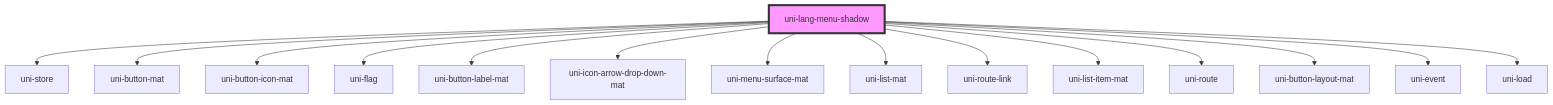
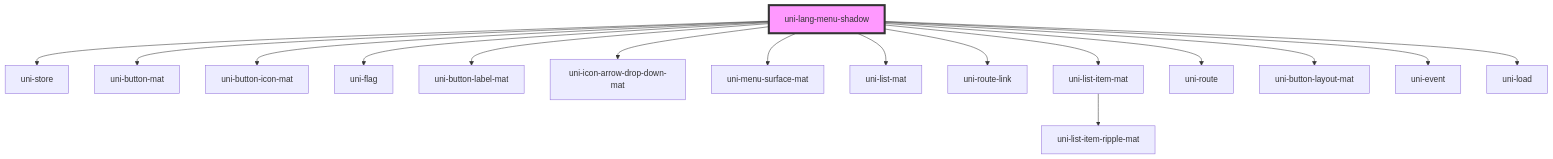
The diagram in src/lang-menu/components/shadow/readme.md (uiregex/uni-localize), drawn with Mermaid before and after one commit. The commit also changed 6 other files, not shown here.

````diff
--- a/src/lang-menu/components/shadow/readme.md
+++ b/src/lang-menu/components/shadow/readme.md
@@ -45,18 +45,19 @@
 ```mermaid
 graph TD;
   uni-lang-menu-shadow --> uni-store
   uni-lang-menu-shadow --> uni-button-mat
   uni-lang-menu-shadow --> uni-button-icon-mat
   uni-lang-menu-shadow --> uni-flag
   uni-lang-menu-shadow --> uni-button-label-mat
   uni-lang-menu-shadow --> uni-icon-arrow-drop-down-mat
   uni-lang-menu-shadow --> uni-menu-surface-mat
   uni-lang-menu-shadow --> uni-list-mat
   uni-lang-menu-shadow --> uni-route-link
   uni-lang-menu-shadow --> uni-list-item-mat
   uni-lang-menu-shadow --> uni-route
   uni-lang-menu-shadow --> uni-button-layout-mat
   uni-lang-menu-shadow --> uni-event
   uni-lang-menu-shadow --> uni-load
+  uni-list-item-mat --> uni-list-item-ripple-mat
   style uni-lang-menu-shadow fill:#f9f,stroke:#333,stroke-width:4px
 ```
````
